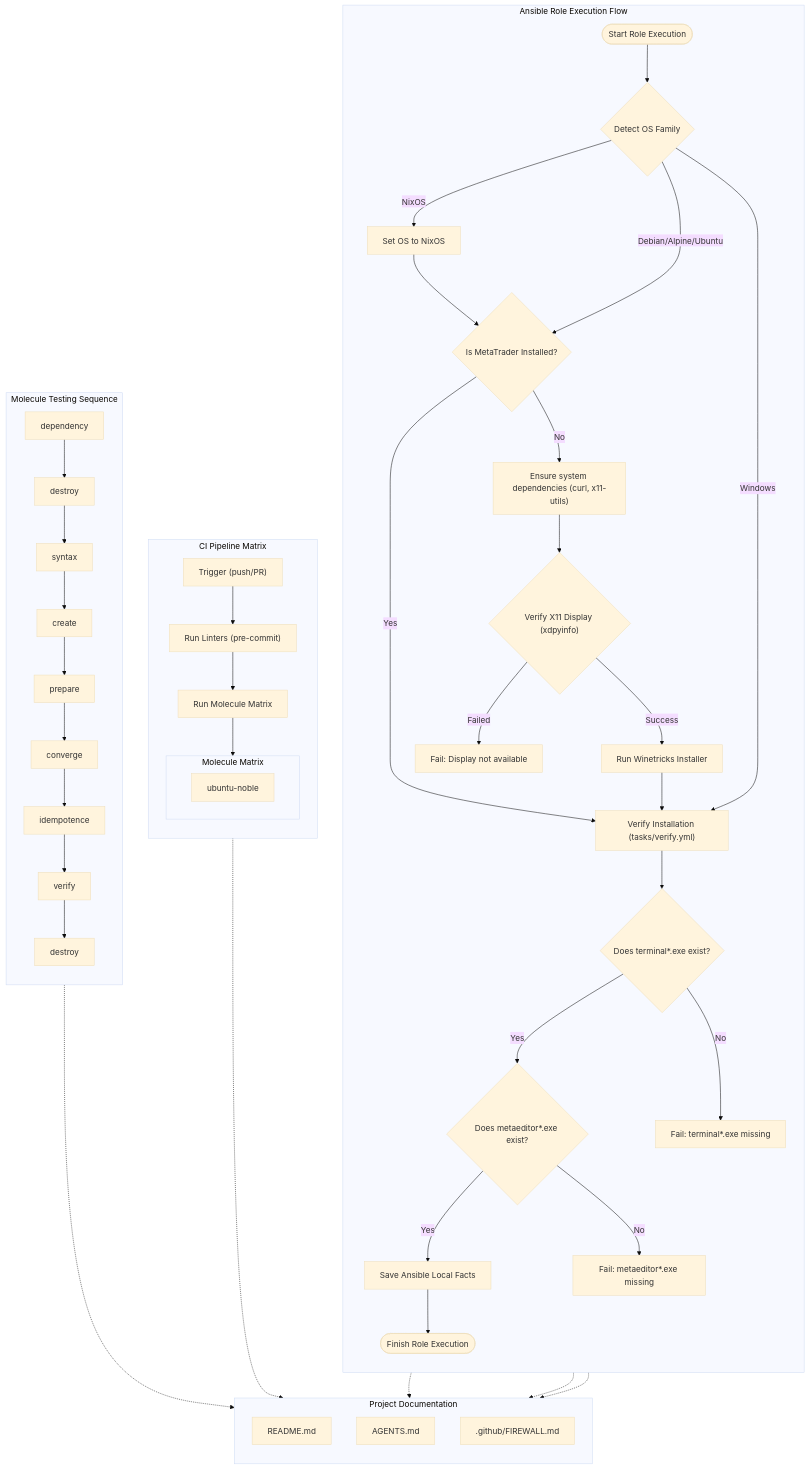
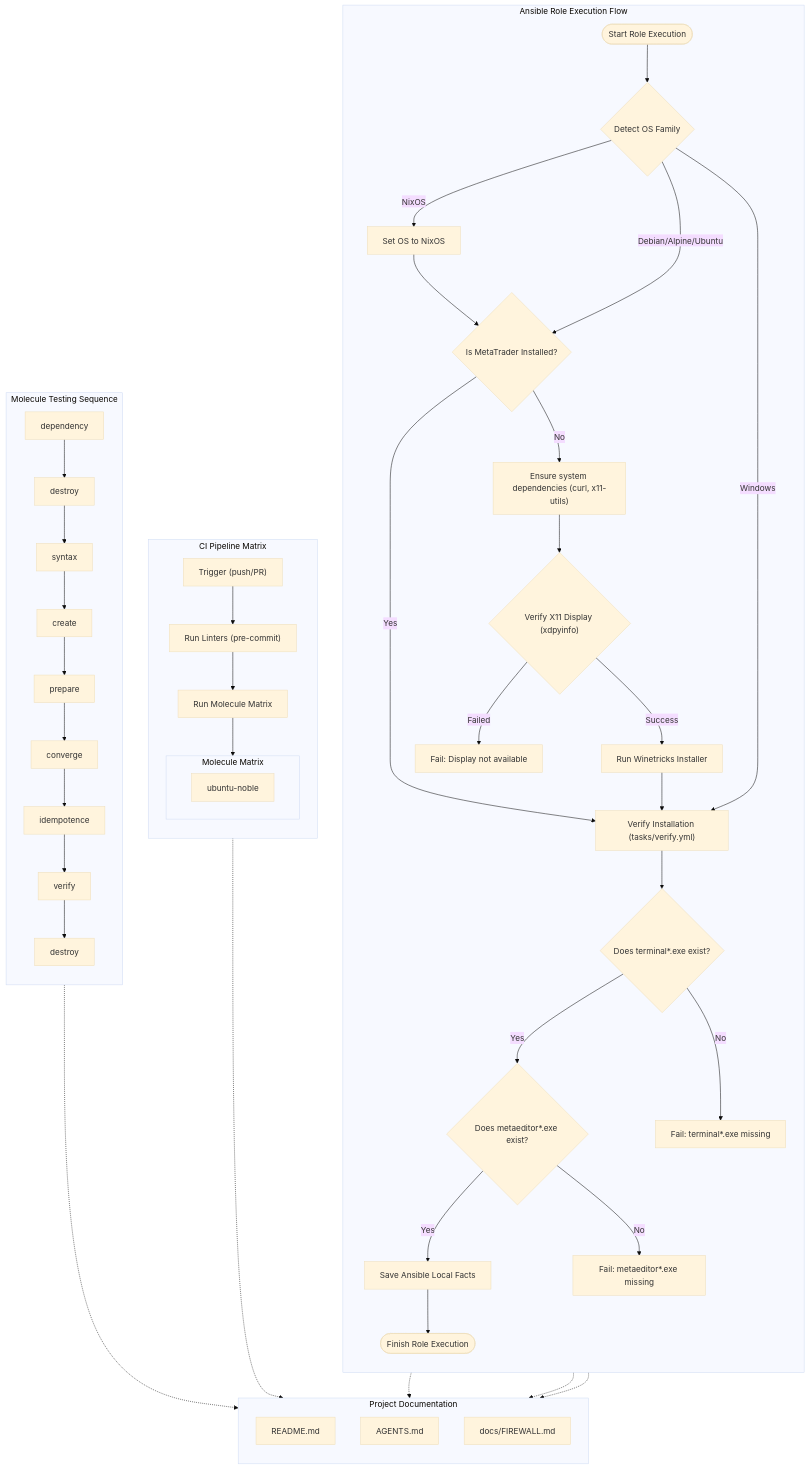
Before and after one commit to EA31337/ansible-role-metatrader: the diagram in docs/FLOWS.mmd, drawn with Mermaid (base theme). The commit also changed 4 other files, not shown here.

Commit message:
Consolidate docs into Mermaid facts

```diff
--- a/docs/FLOWS.mmd
+++ b/docs/FLOWS.mmd
@@ -1,72 +1,72 @@
 %% docs/FLOWS.mmd
 flowchart TD
     subgraph Documentation [Project Documentation]
         direction TB
         R_README[README.md]
         R_AGENTS[AGENTS.md]
-        R_FIREWALL[.github/FIREWALL.md]
+        R_FIREWALL[docs/FIREWALL.md]
     end
 
     click R_README "https://github.com/EA31337/ansible-role-metatrader/blob/master/README.md"
     click R_AGENTS "https://github.com/EA31337/ansible-role-metatrader/blob/master/AGENTS.md"
-    click R_FIREWALL "https://github.com/EA31337/ansible-role-metatrader/blob/master/.github/FIREWALL.md"
+    click R_FIREWALL "https://github.com/EA31337/ansible-role-metatrader/blob/master/docs/FIREWALL.md"
 
     subgraph Ansible_Role_Execution [Ansible Role Execution Flow]
         direction TB
         A([Start Role Execution]) --> B{"Detect OS Family"}
-        
+
         B -->|NixOS| C["Set OS to NixOS"]
         B -->|Debian/Alpine/Ubuntu| D{"Is MetaTrader Installed?"}
         B -->|Windows| H["Verify Installation (tasks/verify.yml)"]
-        
+
         C --> D
-        
+
         D -->|Yes| H
         D -->|No| E["Ensure system dependencies (curl, x11-utils)"]
         E --> F{"Verify X11 Display (xdpyinfo)"}
-        
+
         F -->|Failed| F_ERR["Fail: Display not available"]
         F -->|Success| G["Run Winetricks Installer"]
-        
+
         G --> H["Verify Installation (tasks/verify.yml)"]
-        
+
         H --> I{"Does terminal*.exe exist?"}
         I -->|Yes| J{"Does metaeditor*.exe exist?"}
         I -->|No| I_ERR["Fail: terminal*.exe missing"]
-        
+
         J -->|Yes| K["Save Ansible Local Facts"]
         J -->|No| J_ERR["Fail: metaeditor*.exe missing"]
-        
+
         K --> L([Finish Role Execution])
 
         A -.-> R_README
         A -.-> R_AGENTS
         F_ERR -.-> R_FIREWALL
     end
 
     subgraph CI_Pipeline [CI Pipeline Matrix]
         direction TB
         CI1["Trigger (push/PR)"] --> CI2["Run Linters (pre-commit)"]
         CI2 --> CI3["Run Molecule Matrix"]
         subgraph Molecule_Matrix [Molecule Matrix]
             direction LR
             CI4["ubuntu-noble"]
         end
         CI3 --> Molecule_Matrix
 
         CI1 -.-> R_README
     end
 
     subgraph Molecule_Testing_Flow [Molecule Testing Sequence]
         direction TB
         M1["dependency"] --> M2["destroy"]
         M2 --> M3["syntax"]
         M3 --> M4["create"]
         M4 --> M5["prepare"]
         M5 --> M6["converge"]
         M6 --> M7["idempotence"]
         M7 --> M8["verify"]
         M8 --> M9["destroy"]
 
         M1 -.-> R_README
     end
```
